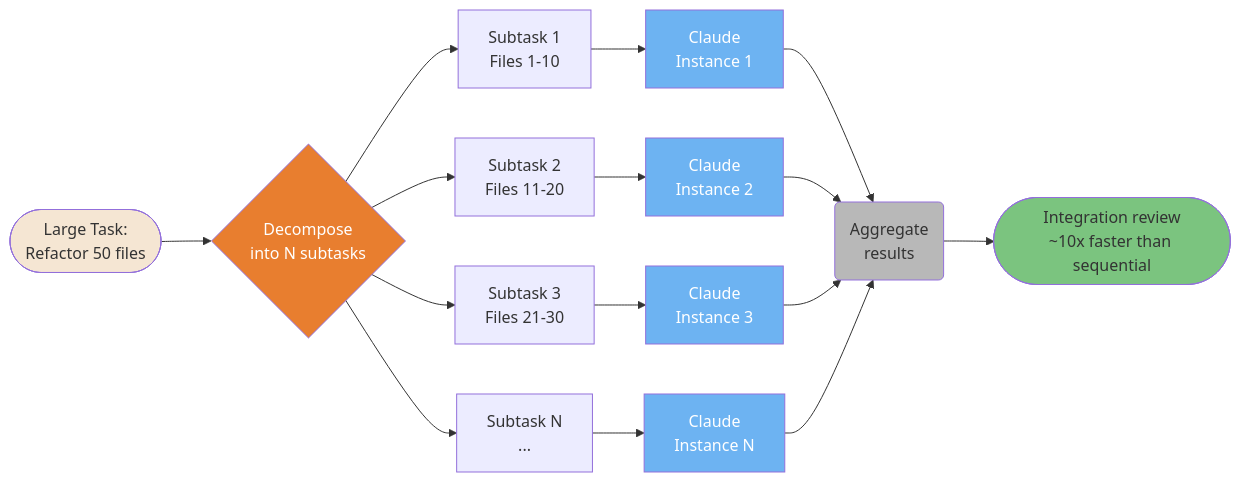
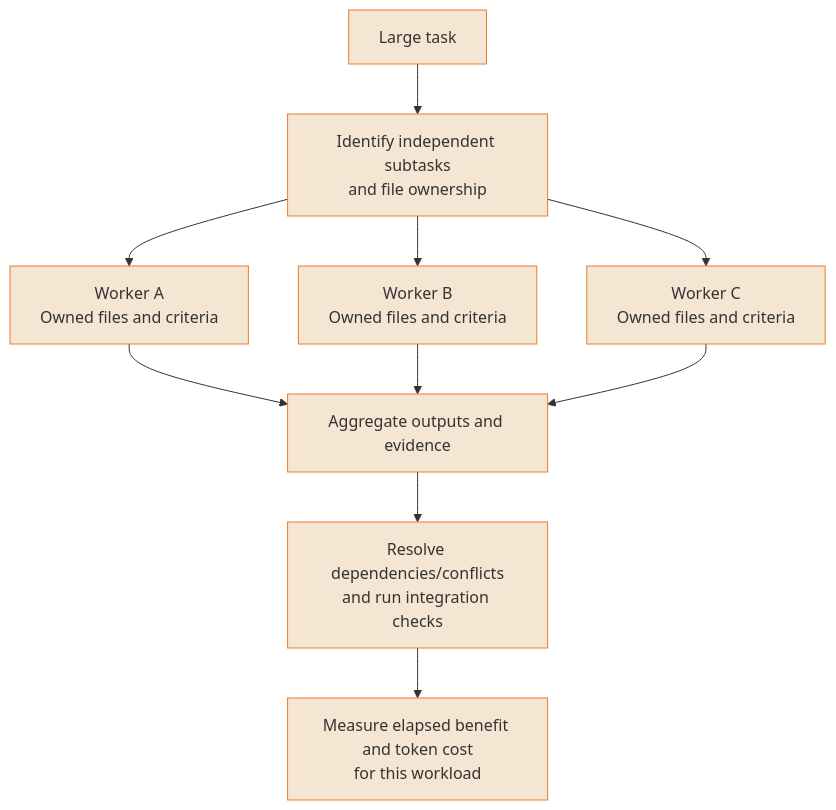
One commit to FlorianBruniaux/claude-code-ultimate-guide changed the fourth of 6 diagrams in guide/diagrams/07-multi-agent-patterns.md. Above: the diagram before and after it, drawn with Mermaid. The commit also changed other lines of this file and 17 other files, not shown here.

Commit message:
docs: refresh all diagrams and correct their source guidance

````diff
--- a/guide/diagrams/07-multi-agent-patterns.md
+++ b/guide/diagrams/07-multi-agent-patterns.md
@@ -209,39 +175,21 @@
 ```mermaid
-flowchart LR
-    BT([Large Task:<br/>Refactor 50 files]) --> DEC{Decompose<br/>into N subtasks}
-
-    DEC --> T1["Subtask 1<br/>Files 1-10"]
-    DEC --> T2["Subtask 2<br/>Files 11-20"]
-    DEC --> T3["Subtask 3<br/>Files 21-30"]
-    DEC --> TN["Subtask N<br/>..."]
-
-    T1 --> CI1[Claude<br/>Instance 1]
-    T2 --> CI2[Claude<br/>Instance 2]
-    T3 --> CI3[Claude<br/>Instance 3]
-    TN --> CIN[Claude<br/>Instance N]
-
-    CI1 & CI2 & CI3 & CIN --> AGG(Aggregate<br/>results)
-    AGG --> REV([Integration review<br/>~10x faster than sequential])
-
-    style BT fill:#F5E6D3,color:#333
-    style DEC fill:#E87E2F,color:#fff
-    style CI1 fill:#6DB3F2,color:#fff
-    style CI2 fill:#6DB3F2,color:#fff
-    style CI3 fill:#6DB3F2,color:#fff
-    style CIN fill:#6DB3F2,color:#fff
-    style AGG fill:#B8B8B8,color:#333
-    style REV fill:#7BC47F,color:#333
-
-    click BT href "https://github.com/FlorianBruniaux/claude-code-ultimate-guide/blob/main/guide/ultimate-guide.md#917-scaling-patterns-multi-instance-workflows" "Large Task"
-    click DEC href "https://github.com/FlorianBruniaux/claude-code-ultimate-guide/blob/main/guide/ultimate-guide.md#917-scaling-patterns-multi-instance-workflows" "Decompose into subtasks"
-    click T1 href "https://github.com/FlorianBruniaux/claude-code-ultimate-guide/blob/main/guide/ultimate-guide.md#917-scaling-patterns-multi-instance-workflows" "Subtask 1"
-    click T2 href "https://github.com/FlorianBruniaux/claude-code-ultimate-guide/blob/main/guide/ultimate-guide.md#917-scaling-patterns-multi-instance-workflows" "Subtask 2"
-    click T3 href "https://github.com/FlorianBruniaux/claude-code-ultimate-guide/blob/main/guide/ultimate-guide.md#917-scaling-patterns-multi-instance-workflows" "Subtask 3"
-    click TN href "https://github.com/FlorianBruniaux/claude-code-ultimate-guide/blob/main/guide/ultimate-guide.md#917-scaling-patterns-multi-instance-workflows" "Subtask N"
-    click CI1 href "https://github.com/FlorianBruniaux/claude-code-ultimate-guide/blob/main/guide/ultimate-guide.md#917-scaling-patterns-multi-instance-workflows" "Claude Instance 1"
-    click CI2 href "https://github.com/FlorianBruniaux/claude-code-ultimate-guide/blob/main/guide/ultimate-guide.md#917-scaling-patterns-multi-instance-workflows" "Claude Instance 2"
-    click CI3 href "https://github.com/FlorianBruniaux/claude-code-ultimate-guide/blob/main/guide/ultimate-guide.md#917-scaling-patterns-multi-instance-workflows" "Claude Instance 3"
-    click CIN href "https://github.com/FlorianBruniaux/claude-code-ultimate-guide/blob/main/guide/ultimate-guide.md#917-scaling-patterns-multi-instance-workflows" "Claude Instance N"
-    click AGG href "https://github.com/FlorianBruniaux/claude-code-ultimate-guide/blob/main/guide/ultimate-guide.md#917-scaling-patterns-multi-instance-workflows" "Aggregate results"
-    click REV href "https://github.com/FlorianBruniaux/claude-code-ultimate-guide/blob/main/guide/ultimate-guide.md#917-scaling-patterns-multi-instance-workflows" "Integration review"
+flowchart TD
+    TASK["Large task"] --> SPLIT["Identify independent subtasks<br/>and file ownership"]
+    SPLIT --> A["Worker A<br/>Owned files and criteria"]
+    SPLIT --> B["Worker B<br/>Owned files and criteria"]
+    SPLIT --> C["Worker C<br/>Owned files and criteria"]
+    A --> AGG["Aggregate outputs and evidence"]
+    B --> AGG
+    C --> AGG
+    AGG --> REVIEW["Resolve dependencies/conflicts<br/>and run integration checks"]
+    REVIEW --> MEASURE["Measure elapsed benefit and token cost<br/>for this workload"]
+    classDef default fill:#F5E6D3,color:#333,stroke:#E87E2F
+    click TASK href "https://github.com/FlorianBruniaux/claude-code-ultimate-guide/blob/main/guide/ultimate-guide.md#917-scaling-patterns-multi-instance-workflows" "View this pattern in the guide"
+    click SPLIT href "https://github.com/FlorianBruniaux/claude-code-ultimate-guide/blob/main/guide/ultimate-guide.md#917-scaling-patterns-multi-instance-workflows" "View this pattern in the guide"
+    click A href "https://github.com/FlorianBruniaux/claude-code-ultimate-guide/blob/main/guide/ultimate-guide.md#917-scaling-patterns-multi-instance-workflows" "View this pattern in the guide"
+    click B href "https://github.com/FlorianBruniaux/claude-code-ultimate-guide/blob/main/guide/ultimate-guide.md#917-scaling-patterns-multi-instance-workflows" "View this pattern in the guide"
+    click C href "https://github.com/FlorianBruniaux/claude-code-ultimate-guide/blob/main/guide/ultimate-guide.md#917-scaling-patterns-multi-instance-workflows" "View this pattern in the guide"
+    click AGG href "https://github.com/FlorianBruniaux/claude-code-ultimate-guide/blob/main/guide/ultimate-guide.md#917-scaling-patterns-multi-instance-workflows" "View this pattern in the guide"
+    click REVIEW href "https://github.com/FlorianBruniaux/claude-code-ultimate-guide/blob/main/guide/ultimate-guide.md#917-scaling-patterns-multi-instance-workflows" "View this pattern in the guide"
+    click MEASURE href "https://github.com/FlorianBruniaux/claude-code-ultimate-guide/blob/main/guide/ultimate-guide.md#917-scaling-patterns-multi-instance-workflows" "View this pattern in the guide"
 ```
````
